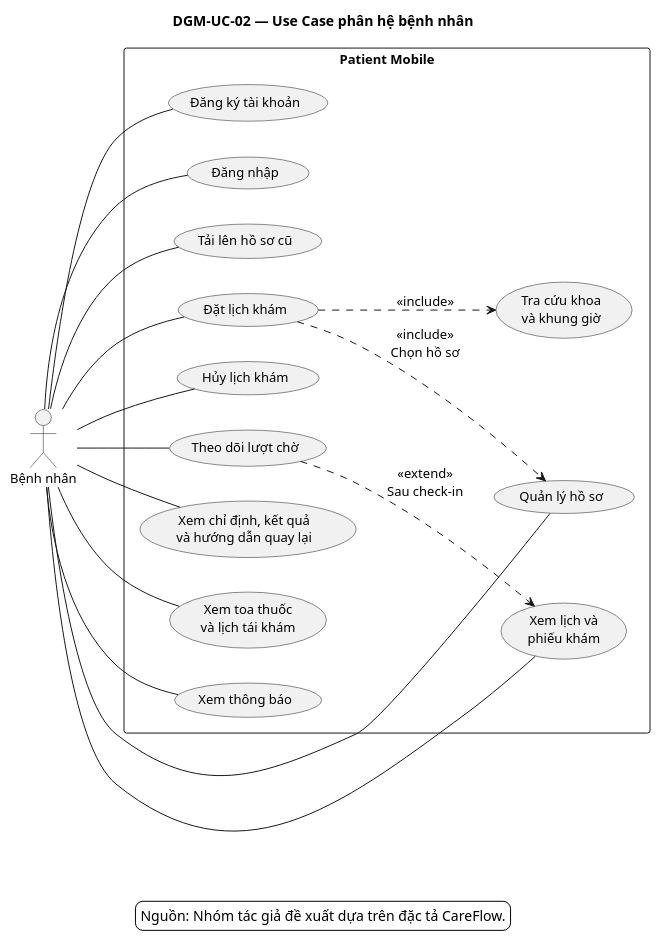
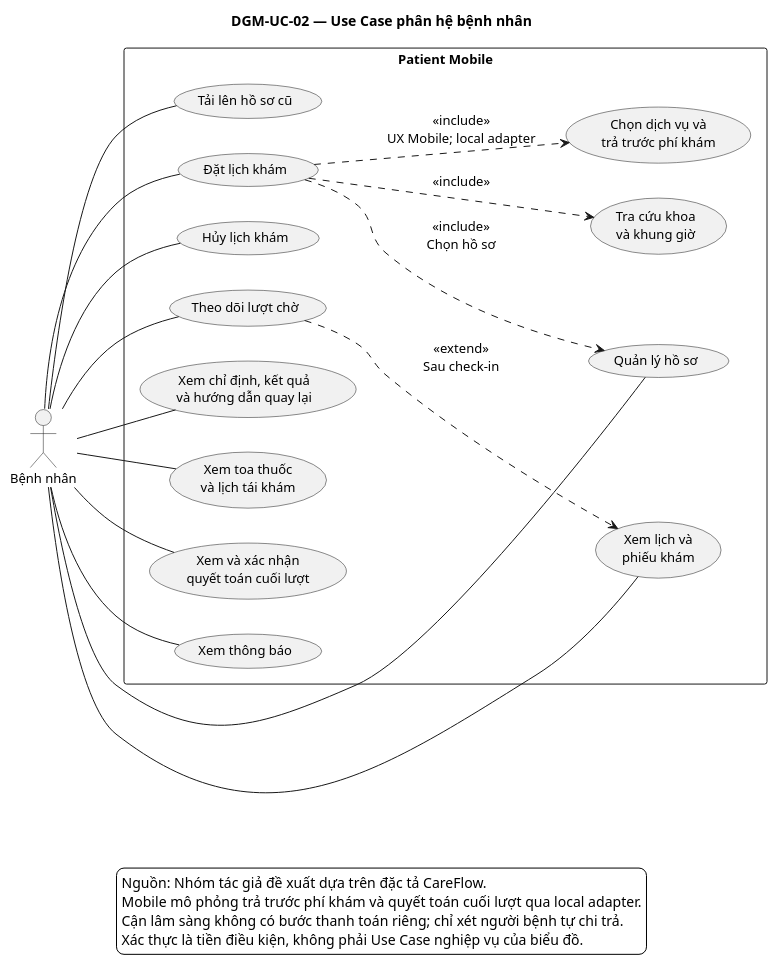
Before and after one commit to ntkhai268/careflow: the diagram in docs/report/chapter-03/diagrams/use-case/dgm-uc-02-patient.puml, drawn with PlantUML. The commit also changed 26 other files, not shown here.

Commit message:
docs: align report with self-pay settlement flow

```diff
--- a/docs/report/chapter-03/diagrams/use-case/dgm-uc-02-patient.puml
+++ b/docs/report/chapter-03/diagrams/use-case/dgm-uc-02-patient.puml
@@ -1,46 +1,49 @@
 @startuml
 title DGM-UC-02 — Use Case phân hệ bệnh nhân
 
 left to right direction
 skinparam backgroundColor white
 skinparam shadowing false
 skinparam defaultFontName Arial
 skinparam defaultFontSize 13
 
 actor "Bệnh nhân" as Patient
 
 rectangle "Patient Mobile" {
-  usecase "Đăng ký tài khoản" as Register
-  usecase "Đăng nhập" as Login
   usecase "Quản lý hồ sơ" as Profile
   usecase "Tải lên hồ sơ cũ" as Upload
   usecase "Tra cứu khoa\nvà khung giờ" as Slots
   usecase "Đặt lịch khám" as Book
+  usecase "Chọn dịch vụ và\ntrả trước phí khám" as BookingPayment
   usecase "Xem lịch và\nphiếu khám" as ViewTicket
   usecase "Hủy lịch khám" as Cancel
   usecase "Theo dõi lượt chờ" as TrackQueue
   usecase "Xem chỉ định, kết quả\nvà hướng dẫn quay lại" as ViewResult
   usecase "Xem toa thuốc\nvà lịch tái khám" as ViewOutcome
+  usecase "Xem và xác nhận\nquyết toán cuối lượt" as Settlement
   usecase "Xem thông báo" as Notification
 }
 
-Patient -- Register
-Patient -- Login
 Patient -- Profile
 Patient -- Upload
 Patient -- Book
 Patient -- ViewTicket
 Patient -- Cancel
 Patient -- TrackQueue
 Patient -- ViewResult
 Patient -- ViewOutcome
+Patient -- Settlement
 Patient -- Notification
 
 Book ..> Slots : <<include>>
 Book ..> Profile : <<include>>\nChọn hồ sơ
+Book ..> BookingPayment : <<include>>\nUX Mobile; local adapter
 TrackQueue ..> ViewTicket : <<extend>>\nSau check-in
 
 legend bottom
   Nguồn: Nhóm tác giả đề xuất dựa trên đặc tả CareFlow.
+  Mobile mô phỏng trả trước phí khám và quyết toán cuối lượt qua local adapter.
+  Cận lâm sàng không có bước thanh toán riêng; chỉ xét người bệnh tự chi trả.
+  Xác thực là tiền điều kiện, không phải Use Case nghiệp vụ của biểu đồ.
 endlegend
 @enduml
```
